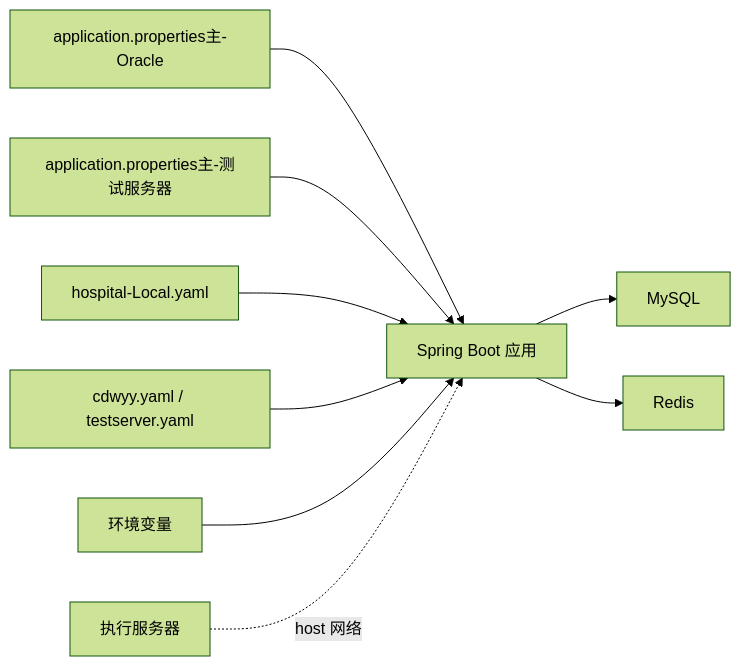
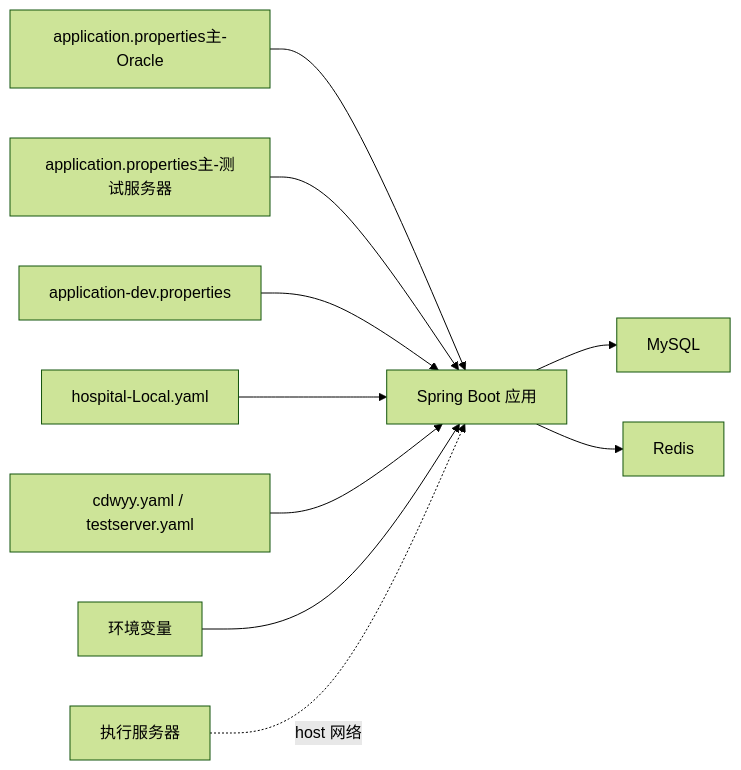
The fourth of 4 diagrams in .qoder/repowiki/zh/content/部署指南/环境配置.md (liuzh2008/med_ai_assistant_workspace), drawn with Mermaid (forest theme) before and after one commit. The commit also changed other lines of this file and 6 other files, not shown here.

````diff
--- a/.qoder/repowiki/zh/content/部署指南/环境配置.md
+++ b/.qoder/repowiki/zh/content/部署指南/环境配置.md
@@ -261,11 +279,12 @@
 ```mermaid
 graph LR
 P1["application.properties主-Oracle"] --> S1["Spring Boot 应用"]
 P2["application.properties主-测试服务器"] --> S1
+P3["application-dev.properties"] --> S1
 Y1["hospital-Local.yaml"] --> S1
 Y2["cdwyy.yaml / testserver.yaml"] --> S1
 ENV["环境变量"] --> S1
 S1 --> DB["MySQL"]
 S1 --> RD["Redis"]
 EX["执行服务器"] -. host 网络 .-> S1
 ```
````
